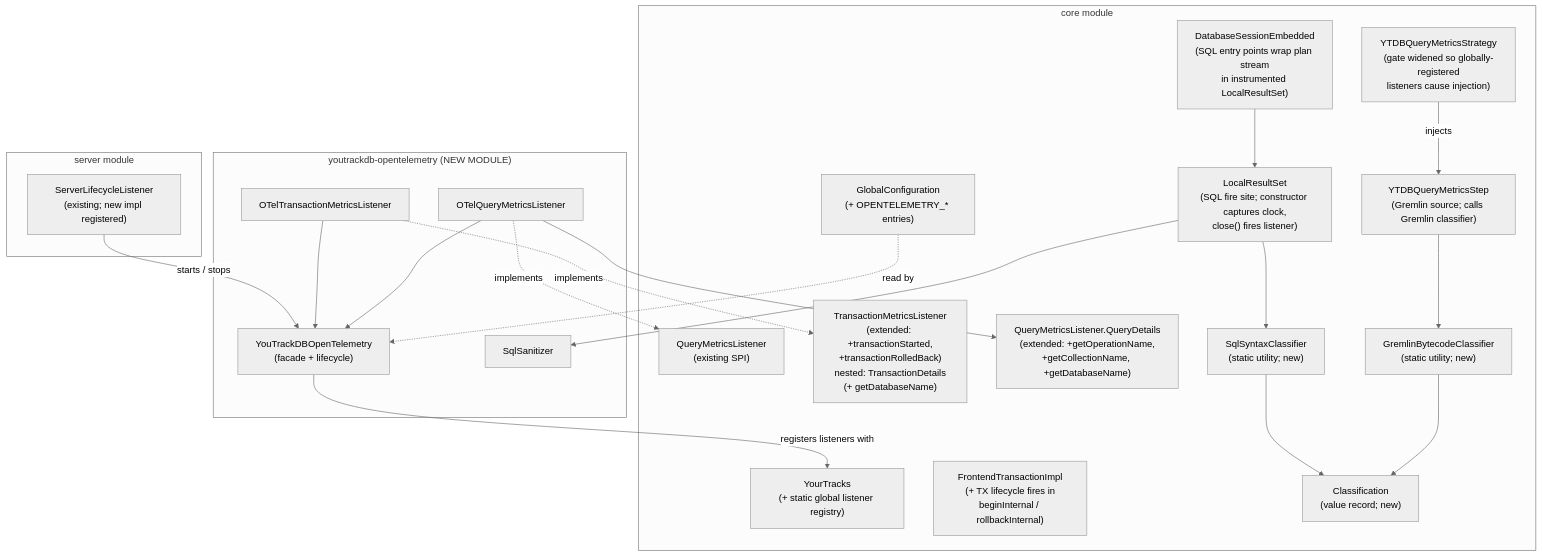
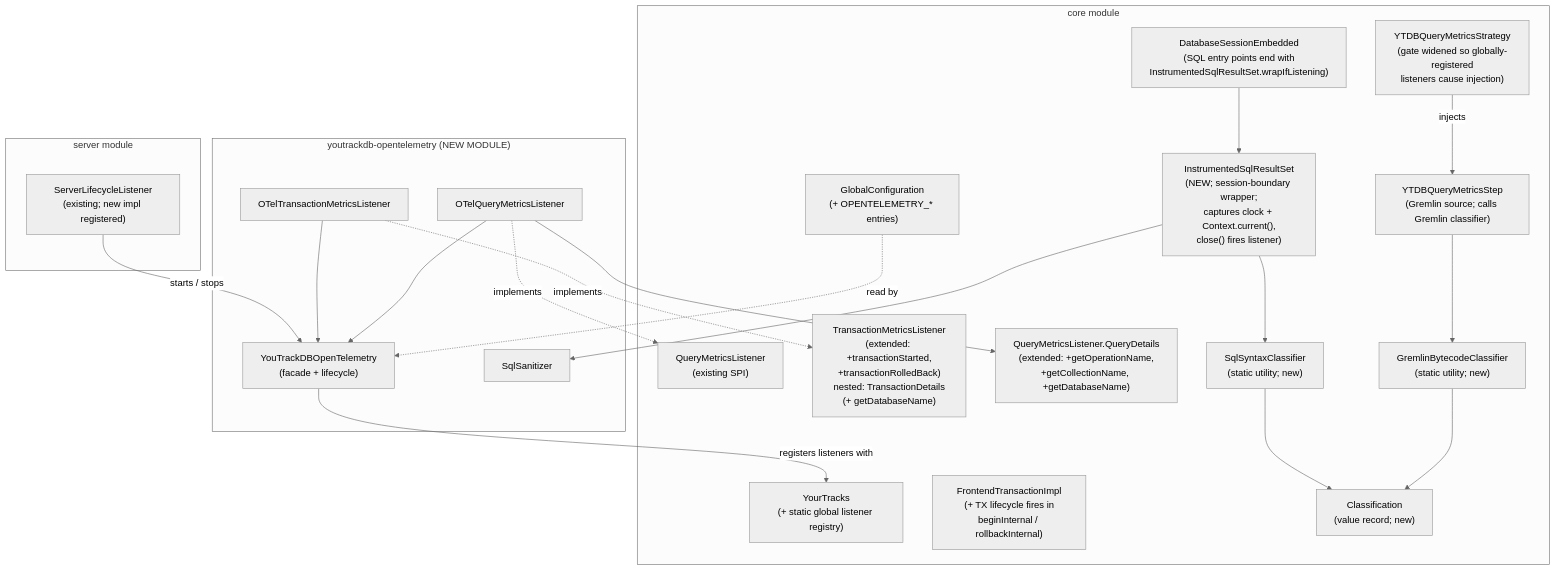
The diagram in docs/adr/ytdb-496-opentelemetry-support/_workflow/implementation-plan.md (JetBrains/youtrackdb), drawn with Mermaid (neutral theme) before and after one commit. The commit also changed other lines of this file and 7 other files, not shown here.

Commit message:
M45 ytdb-496: introduce InstrumentedSqlResultSet wrapper for YTDB-820 coordination

````diff
--- a/docs/adr/ytdb-496-opentelemetry-support/_workflow/implementation-plan.md
+++ b/docs/adr/ytdb-496-opentelemetry-support/_workflow/implementation-plan.md
@@ -31,45 +31,45 @@
 ```mermaid
 flowchart TB
     subgraph core["core module"]
         QML["QueryMetricsListener<br/>(existing SPI)"]
         TML["TransactionMetricsListener<br/>(extended: +transactionStarted,<br/>+transactionRolledBack)<br/>nested: TransactionDetails<br/>(+ getDatabaseName)"]
         QD["QueryMetricsListener.QueryDetails<br/>(extended: +getOperationName,<br/>+getCollectionName, +getDatabaseName)"]
         YOU["YourTracks<br/>(+ static global listener registry)"]
         TX["FrontendTransactionImpl<br/>(+ TX lifecycle fires in<br/>beginInternal / rollbackInternal)"]
         STEP["YTDBQueryMetricsStep<br/>(Gremlin source; calls Gremlin classifier)"]
         STRAT["YTDBQueryMetricsStrategy<br/>(gate widened so globally-registered<br/>listeners cause injection)"]
-        DSE["DatabaseSessionEmbedded<br/>(SQL entry points wrap plan stream<br/>in instrumented LocalResultSet)"]
-        LRS["LocalResultSet<br/>(SQL fire site; constructor captures clock,<br/>close() fires listener)"]
+        DSE["DatabaseSessionEmbedded<br/>(SQL entry points end with<br/>InstrumentedSqlResultSet.wrapIfListening)"]
+        ISR["InstrumentedSqlResultSet<br/>(NEW; session-boundary wrapper;<br/>captures clock + Context.current(),<br/>close() fires listener)"]
         GCLS["GremlinBytecodeClassifier<br/>(static utility; new)"]
         SCLS["SqlSyntaxClassifier<br/>(static utility; new)"]
         CLR["Classification<br/>(value record; new)"]
         GC["GlobalConfiguration<br/>(+ OPENTELEMETRY_* entries)"]
     end
 
     subgraph server["server module"]
         SLL["ServerLifecycleListener<br/>(existing; new impl registered)"]
     end
 
     subgraph otel["youtrackdb-opentelemetry (NEW MODULE)"]
         OTQ["OTelQueryMetricsListener"]
         OTT["OTelTransactionMetricsListener"]
         FAC["YouTrackDBOpenTelemetry<br/>(facade + lifecycle)"]
         SQLS["SqlSanitizer"]
     end
 
     OTQ -.implements.-> QML
     OTT -.implements.-> TML
     OTQ --> FAC
     OTT --> FAC
     OTQ --> QD
     FAC -- "registers listeners with" --> YOU
     SLL -- "starts / stops" --> FAC
     STEP --> GCLS
     STRAT -- "injects" --> STEP
-    DSE --> LRS
-    LRS --> SCLS
-    LRS --> SQLS
+    DSE --> ISR
+    ISR --> SCLS
+    ISR --> SQLS
     GCLS --> CLR
     SCLS --> CLR
     GC -. read by .-> FAC
 ```
````
